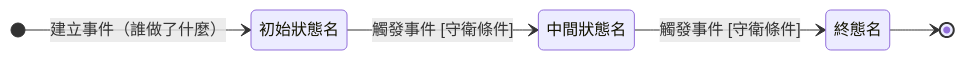
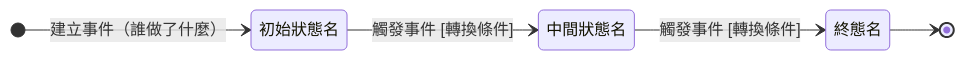
Before and after one commit to Kawato-Miles/erp-spec: the diagram in memory/Sens_wiki/wiki/範本/範本 - 狀態機.md, drawn with Mermaid. The commit also changed other lines of this file and 35 other files, not shown here.

````diff
--- a/memory/Sens_wiki/wiki/範本/範本 - 狀態機.md
+++ b/memory/Sens_wiki/wiki/範本/範本 - 狀態機.md
@@ -32,16 +32,16 @@
 ```mermaid
 %% 狀態顯示名與狀態列舉一字不差；別名 s1/s2 自行改成語意名
 stateDiagram-v2
     direction LR
 
     [*] --> s1 : 建立事件（誰做了什麼）
 
     state "初始狀態名" as s1
     state "中間狀態名" as s2
     state "終態名" as s3
 
-    s1 --> s2 : 觸發事件 [守衛條件]
-    s2 --> s3 : 觸發事件 [守衛條件]
+    s1 --> s2 : 觸發事件 [轉換條件]
+    s2 --> s3 : 觸發事件 [轉換條件]
 
     s3 --> [*]
 ```
````
